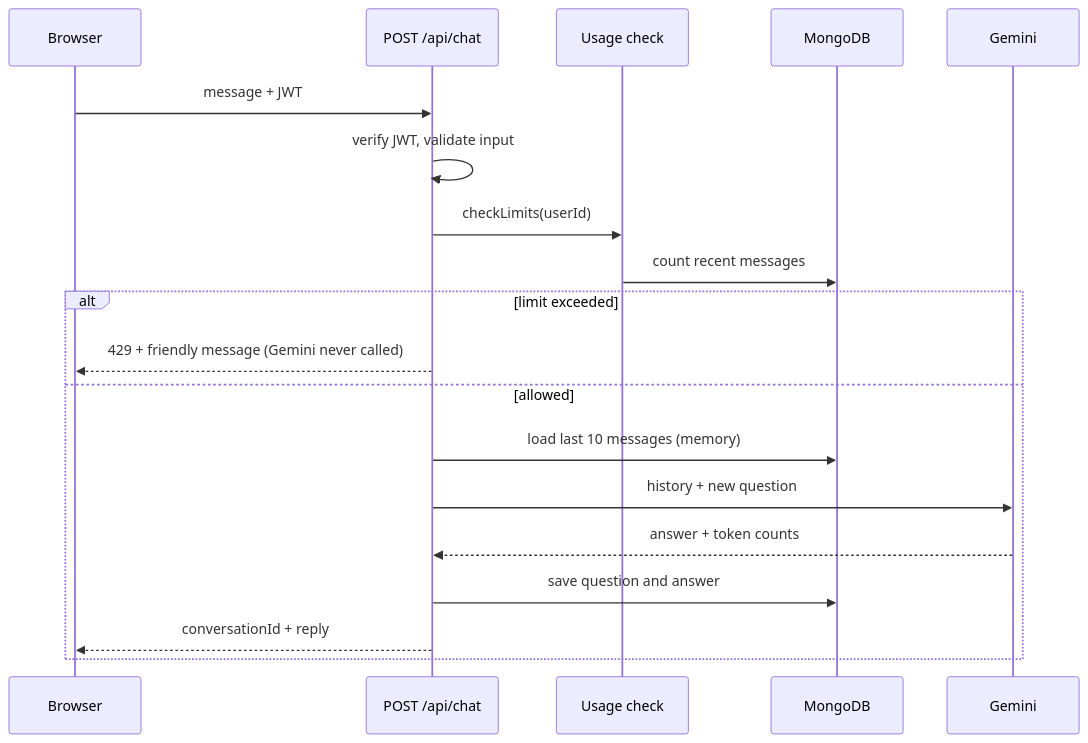
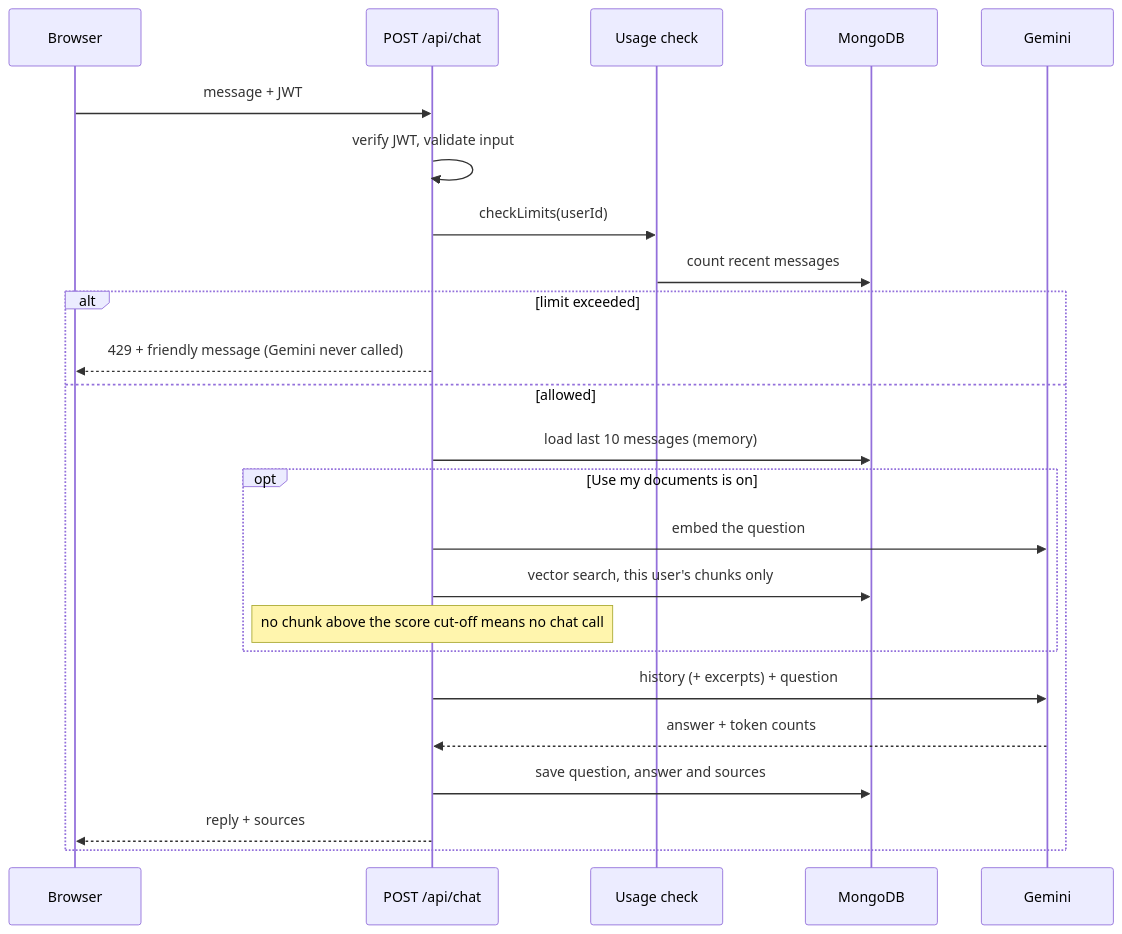
The third of 4 diagrams in README.md (Milind300/docuchat), drawn with Mermaid before and after one commit. The commit also changed other lines of this file, not shown here.

Commit message:
Update README with documents, vector search and delete API

````diff
--- a/README.md
+++ b/README.md
@@ -66,21 +90,26 @@
 ```mermaid
 sequenceDiagram
   participant U as Browser
   participant A as POST /api/chat
   participant L as Usage check
   participant DB as MongoDB
   participant G as Gemini
   U->>A: message + JWT
   A->>A: verify JWT, validate input
   A->>L: checkLimits(userId)
   L->>DB: count recent messages
   alt limit exceeded
     A-->>U: 429 + friendly message (Gemini never called)
   else allowed
     A->>DB: load last 10 messages (memory)
-    A->>G: history + new question
+    opt Use my documents is on
+      A->>G: embed the question
+      A->>DB: vector search, this user's chunks only
+      Note over A: no chunk above the score cut-off means no chat call
+    end
+    A->>G: history (+ excerpts) + question
     G-->>A: answer + token counts
-    A->>DB: save question and answer
-    A-->>U: conversationId + reply
+    A->>DB: save question, answer and sources
+    A-->>U: reply + sources
   end
 ```
````
